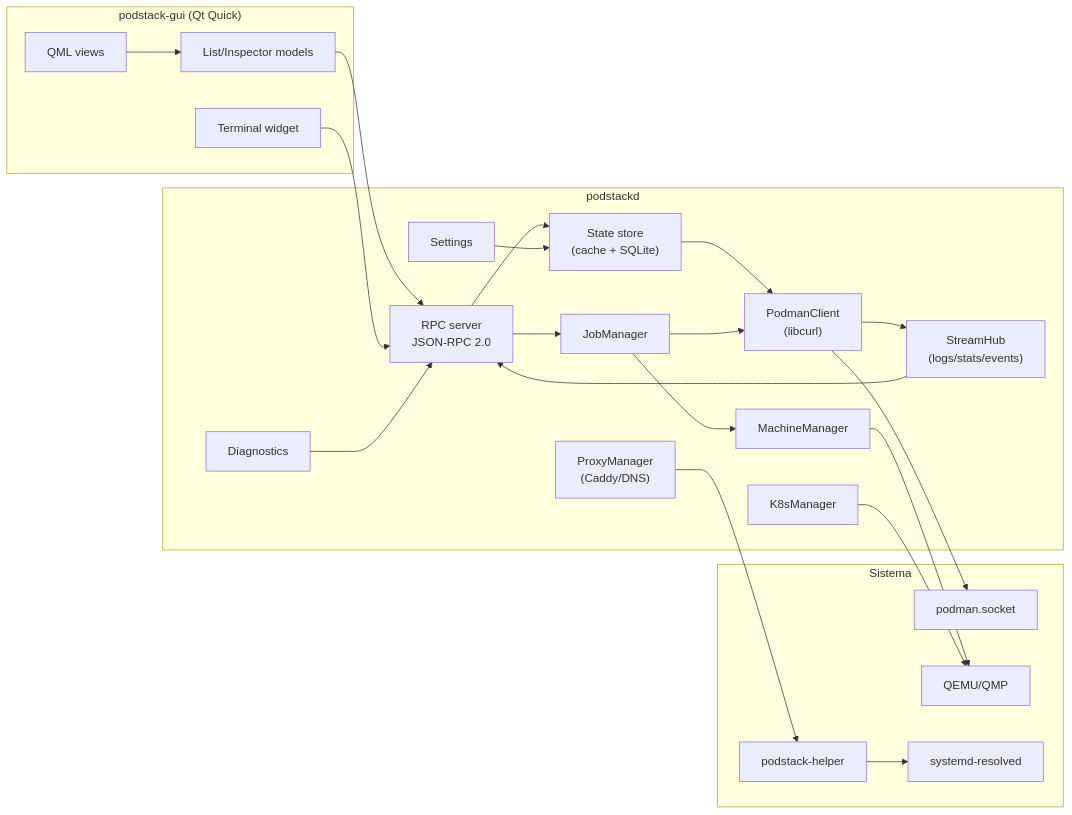
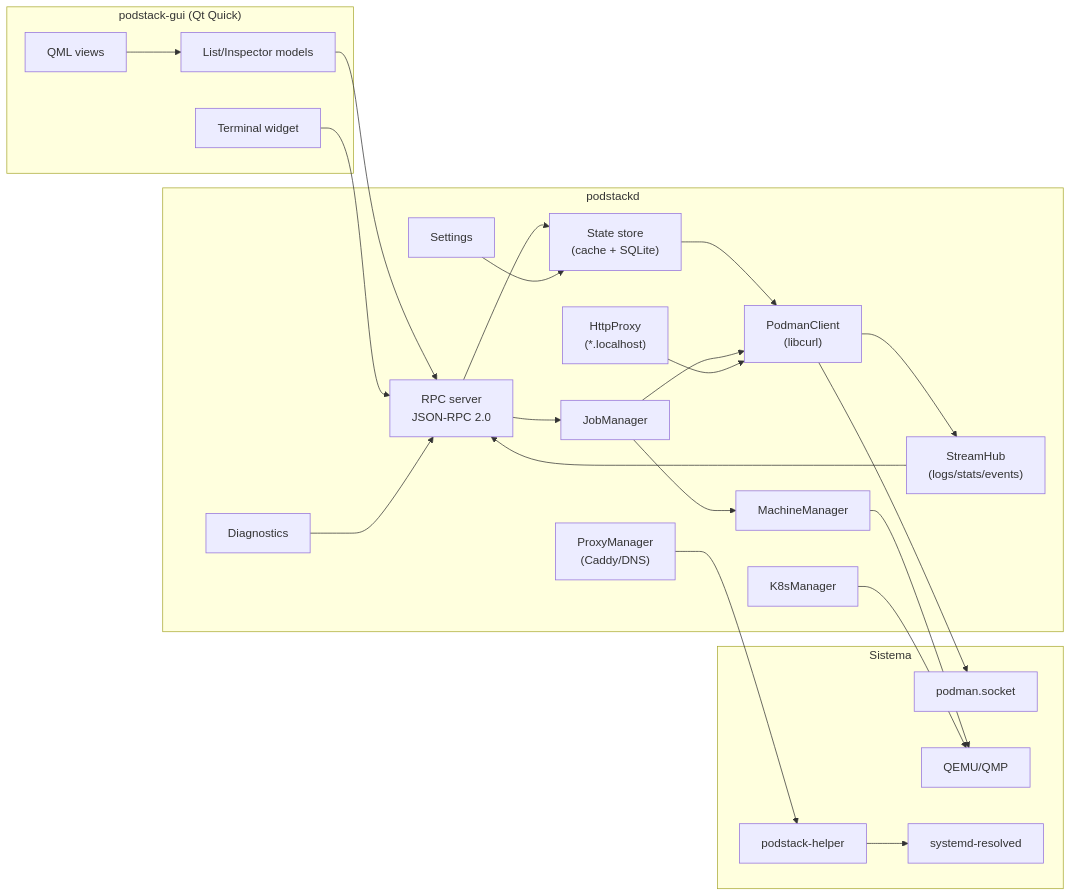
The second of 10 diagrams in docs/architecture.md (marcos2872/podstack), drawn with Mermaid before and after one commit. The commit also changed other lines of this file and 14 other files, not shown here.

First line of the commit message:
feat(proxy): proxy HTTP para *.localhost na porta alta (T6-01)

````diff
--- a/docs/architecture.md
+++ b/docs/architecture.md
@@ -41,40 +41,42 @@
 ```mermaid
 flowchart LR
   subgraph GUI["podstack-gui (Qt Quick)"]
     QML["QML views"]
     Models["List/Inspector models"]
     Term["Terminal widget"]
   end
   subgraph Daemon["podstackd"]
     RPC["RPC server<br/>JSON-RPC 2.0"]
     State["State store<br/>(cache + SQLite)"]
     PC["PodmanClient<br/>(libcurl)"]
     Streams["StreamHub<br/>(logs/stats/events)"]
     Jobs["JobManager"]
     Mach["MachineManager"]
     Kube["K8sManager"]
     Proxy["ProxyManager<br/>(Caddy/DNS)"]
+    HttpProxy["HttpProxy<br/>(*.localhost)"]
     Cfg["Settings"]
     Diag["Diagnostics"]
   end
   subgraph System["Sistema"]
     PSock["podman.socket"]
     QMP["QEMU/QMP"]
     Helper["podstack-helper"]
     Resolved["systemd-resolved"]
   end
   QML --> Models --> RPC
   Term --> RPC
   RPC --> State
   RPC --> Jobs
   State --> PC
   PC --> PSock
   PC --> Streams --> RPC
   Jobs --> PC
   Jobs --> Mach --> QMP
   Kube --> QMP
   Proxy --> Helper
+  HttpProxy --> PC
   Helper --> Resolved
   Cfg --> State
   Diag --> RPC
 ```
````
